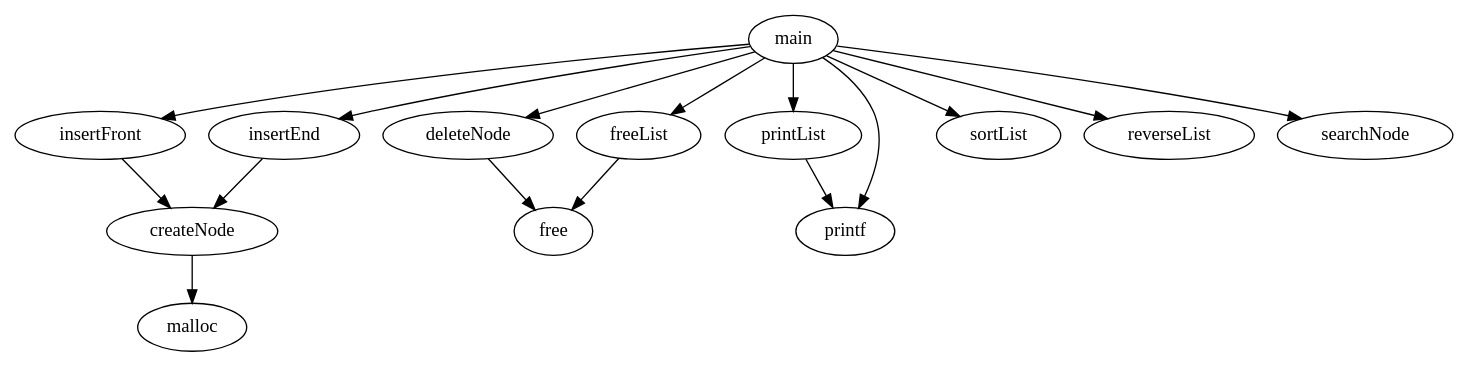
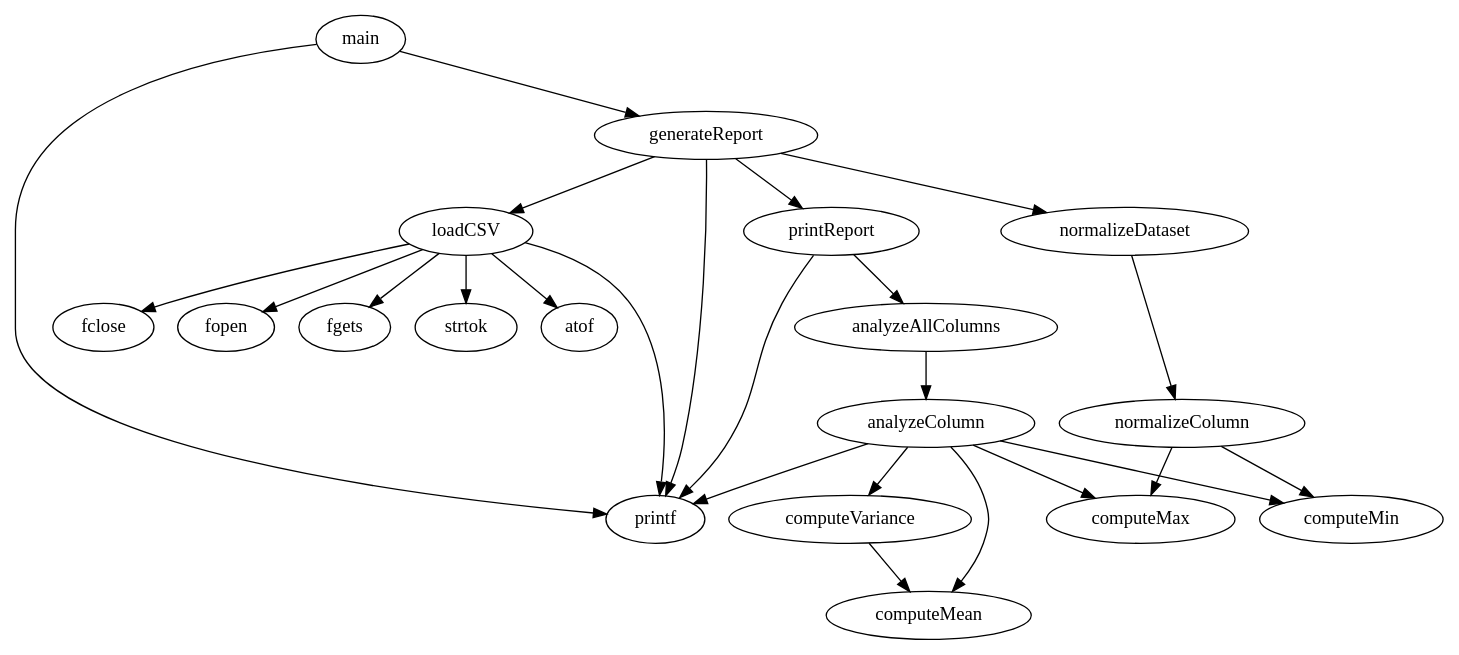
The diagram in results/graph_clean.dot (EmonRezaBD/commitFuzz), drawn with Graphviz before and after one commit. The commit also changed 5 other files, not shown here.

Commit message:
Bug fix: Download graph

```diff
--- a/results/graph_clean.dot
+++ b/results/graph_clean.dot
@@ -1,17 +1,26 @@
 digraph G {
-"createNode"->malloc;
-"insertFront"->"createNode";
-"insertEnd"->"createNode";
-"deleteNode"->free;
-"printList"->printf;
-"freeList"->free;
-main->"insertEnd";
-main->"insertFront";
-main->"printList";
-main->"deleteNode";
-main->"sortList";
-main->"reverseList";
-main->"searchNode";
+"computeVariance"->"computeMean";
+"loadCSV"->fopen;
+"loadCSV"->printf;
+"loadCSV"->fgets;
+"loadCSV"->strtok;
+"loadCSV"->atof;
+"loadCSV"->fclose;
+"analyzeColumn"->printf;
+"analyzeColumn"->"computeMin";
+"analyzeColumn"->"computeMax";
+"analyzeColumn"->"computeMean";
+"analyzeColumn"->"computeVariance";
+"analyzeAllColumns"->"analyzeColumn";
+"normalizeColumn"->"computeMin";
+"normalizeColumn"->"computeMax";
+"normalizeDataset"->"normalizeColumn";
+"printReport"->printf;
+"printReport"->"analyzeAllColumns";
+"generateReport"->"loadCSV";
+"generateReport"->printf;
+"generateReport"->"normalizeDataset";
+"generateReport"->"printReport";
 main->printf;
-main->"freeList";
+main->"generateReport";
 }
```
